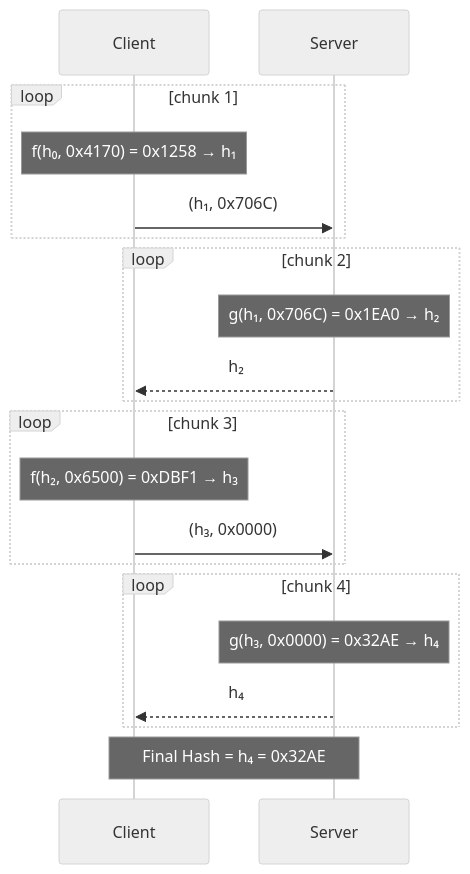
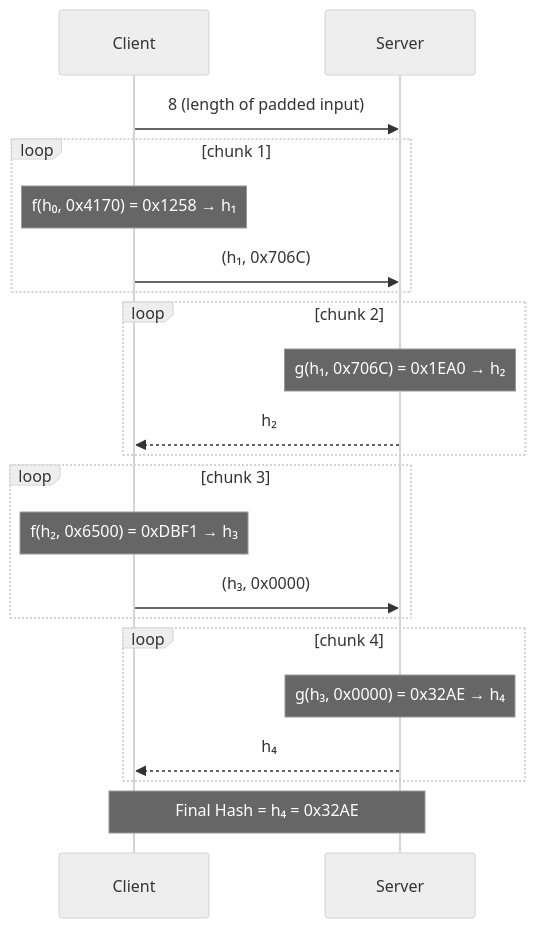
One commit to PeanutButterRat/cryptoserve changed the second of 2 diagrams in docs/source/exercises/simple_hash.rst. Above: the diagram before and after it, drawn with Mermaid (neutral theme). The commit also changed other lines of this file and 13 other files, not shown here.

```diff
--- a/docs/source/exercises/simple_hash.rst
+++ b/docs/source/exercises/simple_hash.rst
@@ -142,27 +145,29 @@
 .. mermaid::
 
    sequenceDiagram
       participant Client
       participant Server
+
+      Client->>Server: 8 (length of padded input)
 
       loop chunk 1
          Note over Client: f(h₀, 0x4170) = 0x1258 → h₁
          Client->>Server: (h₁, 0x706C)
       end
 
       loop chunk 2
          Note over Server: g(h₁, 0x706C) = 0x1EA0 → h₂
          Server-->>Client: h₂
       end
 
       loop chunk 3
          Note over Client: f(h₂, 0x6500) = 0xDBF1 → h₃
          Client->>Server: (h₃, 0x0000)
       end
 
       loop chunk 4
          Note over Server: g(h₃, 0x0000) = 0x32AE → h₄
          Server-->>Client: h₄
       end
 
       Note over Client, Server: Final Hash = h₄ = 0x32AE
```
